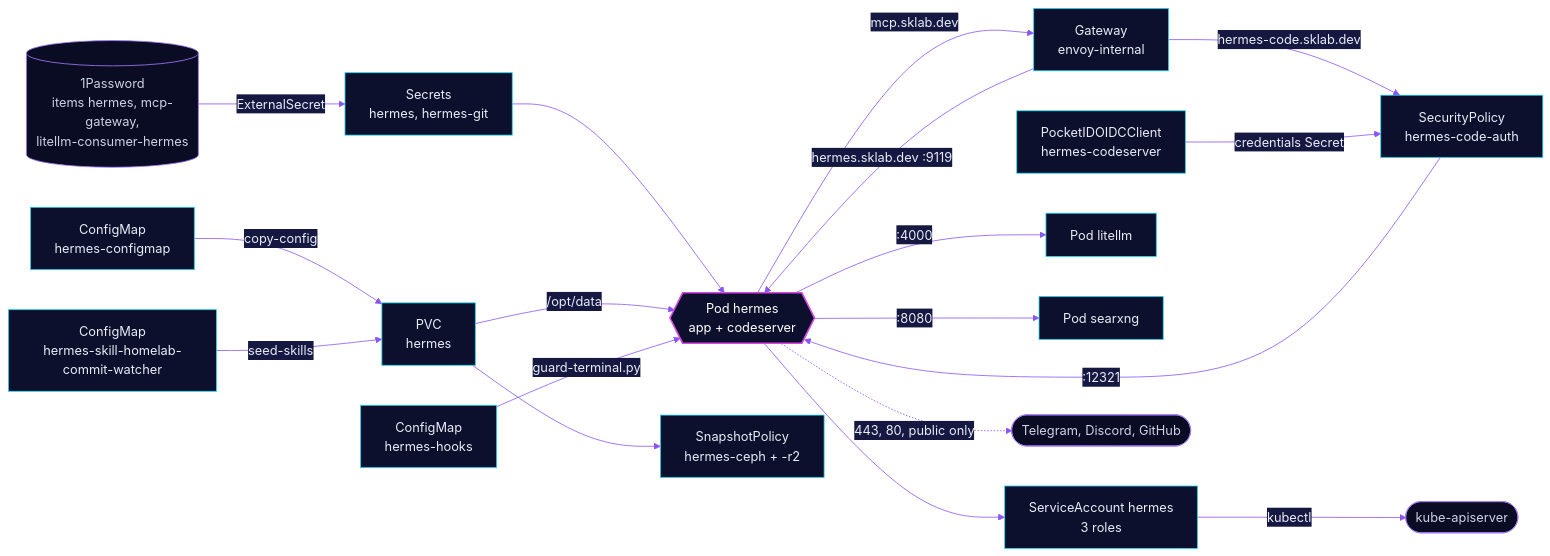
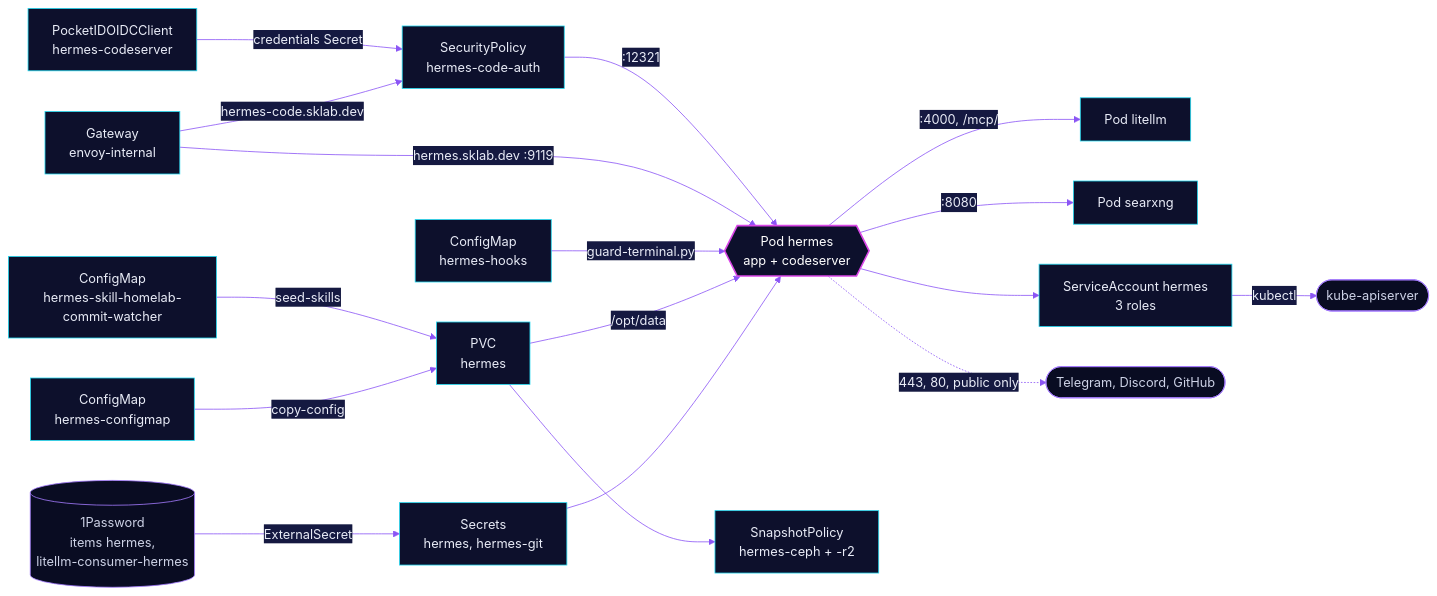
The diagram in kubernetes/apps/base/ai/hermes/README.md (skrumbach/home-ops), drawn with Mermaid before and after one commit. The commit also changed other lines of this file and 28 other files, not shown here.

First line of the commit message:
feat(litellm): serve MCP servers through litellm-operator (#2939)

````diff
--- a/kubernetes/apps/base/ai/hermes/README.md
+++ b/kubernetes/apps/base/ai/hermes/README.md
@@ -47,25 +47,24 @@
 ```mermaid
 %%{init: {'theme':'base','themeVariables':{'primaryColor':'#0D102C','primaryTextColor':'#E9ECF7','primaryBorderColor':'#22D8F0','lineColor':'#8B55F5','secondaryColor':'#151941','tertiaryColor':'#090C22','edgeLabelBackground':'#151941'}}}%%
 flowchart LR
-  op[("1Password<br/>items hermes, mcp-gateway,<br/>litellm-consumer-hermes")] -->|ExternalSecret| sec["Secrets<br/>hermes, hermes-git"]
+  op[("1Password<br/>items hermes,<br/>litellm-consumer-hermes")] -->|ExternalSecret| sec["Secrets<br/>hermes, hermes-git"]
   sec --> pod{{"Pod hermes<br/>app + codeserver"}}
   cfg["ConfigMap<br/>hermes-configmap"] -->|copy-config| pvc["PVC<br/>hermes"]
   skl["ConfigMap<br/>hermes-skill-homelab-commit-watcher"] -->|seed-skills| pvc
   pvc -->|/opt/data| pod
   hook["ConfigMap<br/>hermes-hooks"] -->|guard-terminal.py| pod
   pvc --> sp["SnapshotPolicy<br/>hermes-ceph + -r2"]
   gw["Gateway<br/>envoy-internal"] -->|hermes.sklab.dev :9119| pod
   gw -->|hermes-code.sklab.dev| pol["SecurityPolicy<br/>hermes-code-auth"]
   pol -->|":12321"| pod
   cli["PocketIDOIDCClient<br/>hermes-codeserver"] -->|credentials Secret| pol
-  pod -->|":4000"| llm["Pod litellm"]
+  pod -->|":4000, /mcp/"| llm["Pod litellm"]
   pod -->|":8080"| sx["Pod searxng"]
-  pod -->|"mcp.sklab.dev"| gw
   sa["ServiceAccount hermes<br/>3 roles"] -->|kubectl| api(["kube-apiserver"])
   pod --> sa
   pod -.->|"443, 80, public only"| ext(["Telegram, Discord, GitHub"])
   classDef accent fill:#0D102C,stroke:#D946E6,stroke-width:2px,color:#FFFFFF
   classDef ext fill:#090C22,stroke:#A57BFF,color:#CDD2E6
   class pod accent
   class op,api,ext ext
 ```
````
